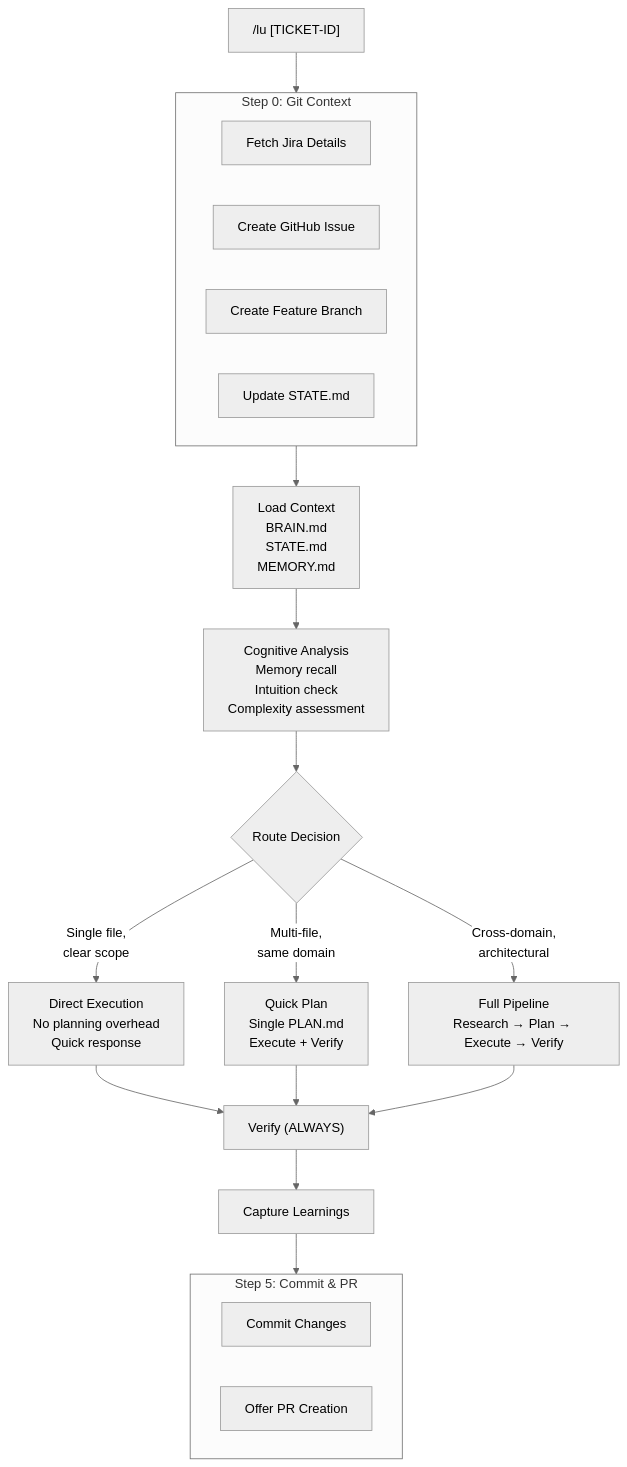
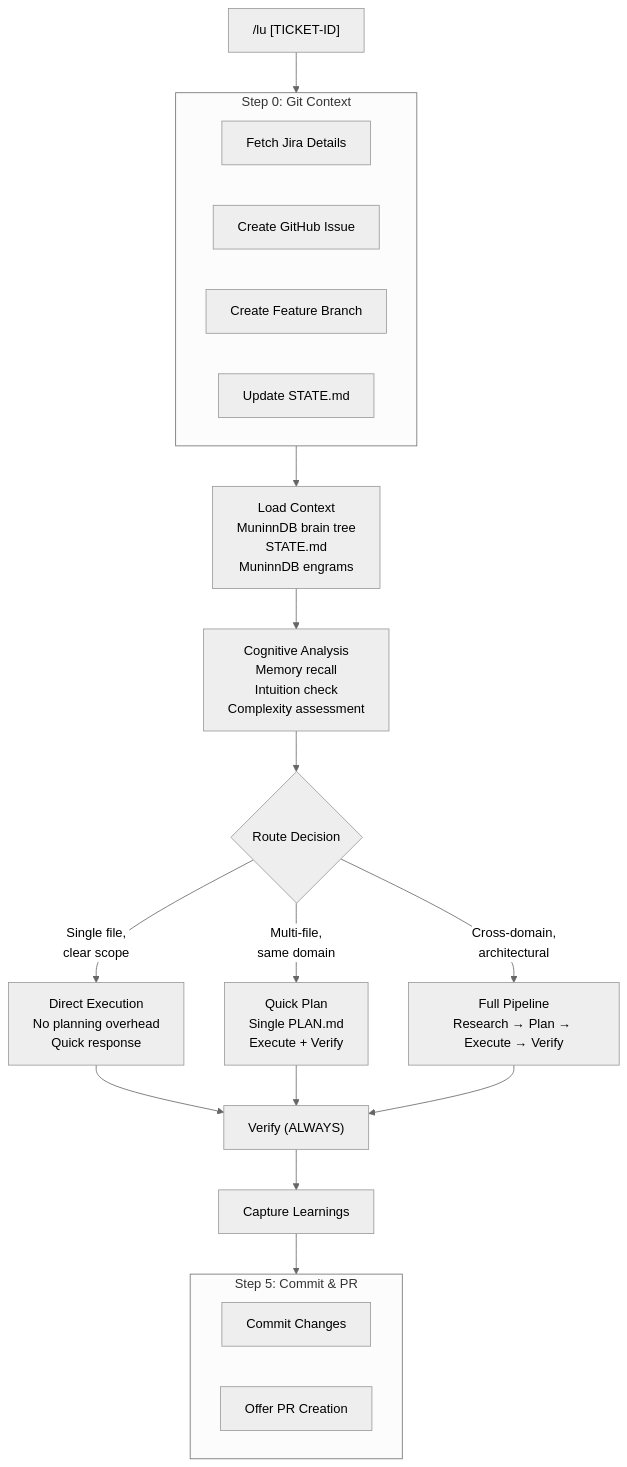
Before and after one commit to asibilia/luca-framework: the second of 3 diagrams in docs/agent-framework/luca/architecture-plan.md, drawn with Mermaid (neutral theme). The commit also changed other lines of this file and 820 other files, not shown here.

````diff
--- a/docs/agent-framework/luca/architecture-plan.md
+++ b/docs/agent-framework/luca/architecture-plan.md
@@ -152,43 +152,43 @@
 ```mermaid
 flowchart TB
     REQ["/lu [TICKET-ID]"]
 
     subgraph Git["Step 0: Git Context"]
         JIRA["Fetch Jira Details"]
         ISSUE["Create GitHub Issue"]
         BRANCH["Create Feature Branch"]
         STATE["Update STATE.md"]
     end
 
-    LOAD["Load Context<br/>BRAIN.md<br/>STATE.md<br/>MEMORY.md"]
+    LOAD["Load Context<br/>MuninnDB brain tree<br/>STATE.md<br/>MuninnDB engrams"]
 
     ANALYZE["Cognitive Analysis<br/>Memory recall<br/>Intuition check<br/>Complexity assessment"]
 
     ROUTE{"Route Decision"}
 
     TRIVIAL["Direct Execution<br/>No planning overhead<br/>Quick response"]
 
     MODERATE["Quick Plan<br/>Single PLAN.md<br/>Execute + Verify"]
 
     COMPLEX["Full Pipeline<br/>Research → Plan → Execute → Verify"]
 
     VERIFY["Verify (ALWAYS)"]
     LEARN["Capture Learnings"]
 
     subgraph Commit["Step 5: Commit & PR"]
         COMMIT["Commit Changes"]
         PR["Offer PR Creation"]
     end
 
     REQ --> Git
     Git --> LOAD --> ANALYZE --> ROUTE
     ROUTE -->|"Single file,<br/>clear scope"| TRIVIAL
     ROUTE -->|"Multi-file,<br/>same domain"| MODERATE
     ROUTE -->|"Cross-domain,<br/>architectural"| COMPLEX
 
     TRIVIAL --> VERIFY
     MODERATE --> VERIFY
     COMPLEX --> VERIFY
 
     VERIFY --> LEARN --> Commit
 ```
````
